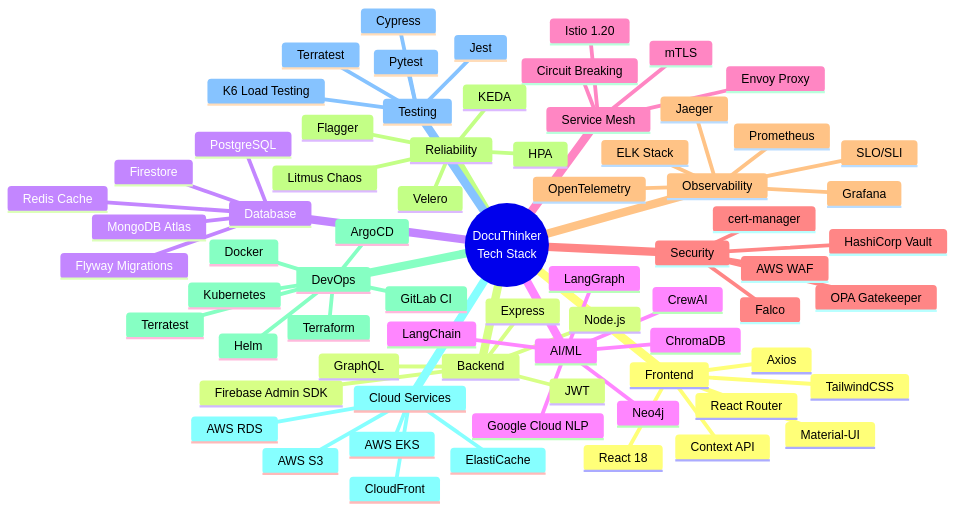
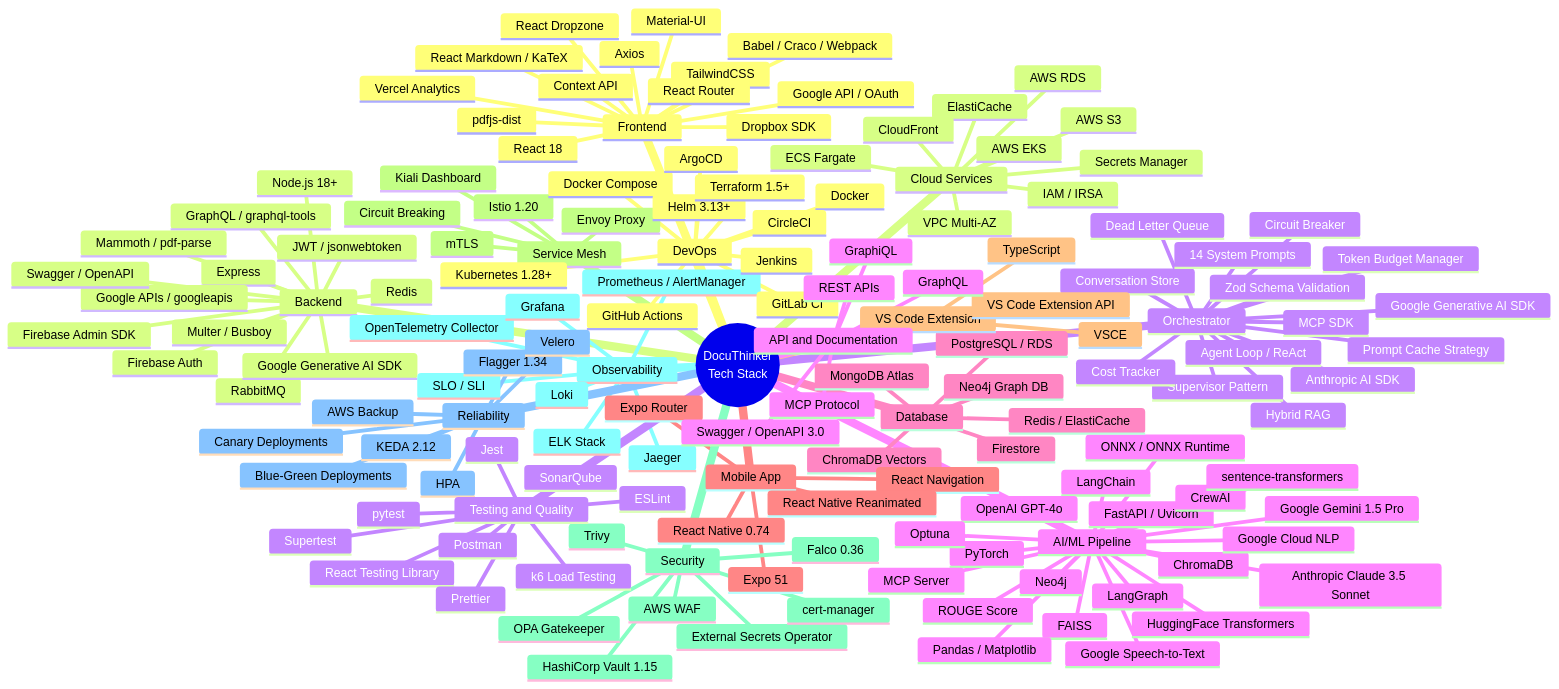
Before and after one commit to Derek-miranda/DocuThinker-AI: diagram 26 of 28 in ARCHITECTURE.md, drawn with Mermaid. The commit also changed 4 other files, not shown here.

Commit message:
feat(docs): enhance documentation with AI/ML architecture details and update technology stack

````diff
--- a/ARCHITECTURE.md
+++ b/ARCHITECTURE.md
@@ -2019,67 +2019,145 @@
       React Router
       Axios
       Context API
+      React Markdown / KaTeX
+      pdfjs-dist
+      React Dropzone
+      Dropbox SDK
+      Google API / OAuth
+      Vercel Analytics
+      Babel / Craco / Webpack
     Backend
-      Node.js
+      Node.js 18+
       Express
       Firebase Admin SDK
-      GraphQL
-      JWT
+      Firebase Auth
+      GraphQL / graphql-tools
+      JWT / jsonwebtoken
+      Redis
+      RabbitMQ
+      Multer / Busboy
+      Mammoth / pdf-parse
+      Google APIs / googleapis
+      Google Generative AI SDK
+      Swagger / OpenAPI
+    Orchestrator
+      Anthropic AI SDK
+      Google Generative AI SDK
+      MCP SDK
+      Zod Schema Validation
+      Supervisor Pattern
+      Agent Loop / ReAct
+      Circuit Breaker
+      Cost Tracker
+      Dead Letter Queue
+      Token Budget Manager
+      Conversation Store
+      Hybrid RAG
+      Prompt Cache Strategy
+      14 System Prompts
+    AI/ML Pipeline
+      FastAPI / Uvicorn
+      LangChain
+      LangGraph
+      CrewAI
+      OpenAI GPT-4o
+      Anthropic Claude 3.5 Sonnet
+      Google Gemini 1.5 Pro
+      FAISS
+      ChromaDB
+      Neo4j
+      sentence-transformers
+      PyTorch
+      HuggingFace Transformers
+      ONNX / ONNX Runtime
+      Optuna
+      ROUGE Score
+      Pandas / Matplotlib
+      MCP Server
+      Google Cloud NLP
+      Google Speech-to-Text
     Database
-      PostgreSQL
+      PostgreSQL / RDS
+      MongoDB Atlas
       Firestore
-      MongoDB Atlas
-      Redis Cache
-      Flyway Migrations
-    AI/ML
-      Google Cloud NLP
-      LangChain
-      CrewAI
-      LangGraph
-      Neo4j
-      ChromaDB
+      Redis / ElastiCache
+      Neo4j Graph DB
+      ChromaDB Vectors
+    Mobile App
+      React Native 0.74
+      Expo 51
+      Expo Router
+      React Navigation
+      React Native Reanimated
+    VS Code Extension
+      TypeScript
+      VS Code Extension API
+      VSCE
     Service Mesh
       Istio 1.20
       Envoy Proxy
       mTLS
       Circuit Breaking
+      Kiali Dashboard
     Security
       OPA Gatekeeper
-      Falco
-      HashiCorp Vault
+      Falco 0.36
+      HashiCorp Vault 1.15
+      External Secrets Operator
       cert-manager
       AWS WAF
+      Trivy
     Observability
-      OpenTelemetry
-      Prometheus
+      OpenTelemetry Collector
+      Prometheus / AlertManager
       Grafana
       Jaeger
+      Loki
       ELK Stack
-      SLO/SLI
+      SLO / SLI
     Reliability
-      Litmus Chaos
-      Flagger
+      Flagger 1.34
+      KEDA 2.12
       Velero
-      KEDA
       HPA
+      Blue-Green Deployments
+      Canary Deployments
+      AWS Backup
     DevOps
       Docker
-      Kubernetes
-      Helm
+      Docker Compose
+      Kubernetes 1.28+
+      Helm 3.13+
       ArgoCD
+      Terraform 1.5+
+      GitHub Actions
       GitLab CI
-      Terraform
-      Terratest
+      CircleCI
+      Jenkins
     Cloud Services
       AWS EKS
       AWS RDS
       AWS S3
       ElastiCache
       CloudFront
-    Testing
-      K6 Load Testing
+      ECS Fargate
+      Secrets Manager
+      IAM / IRSA
+      VPC Multi-AZ
+    Testing and Quality
       Jest
-      Pytest
-      Cypress
-      Terratest
+      React Testing Library
+      pytest
+      k6 Load Testing
+      Supertest
+      SonarQube
+      ESLint
+      Prettier
+      Postman
+    API and Documentation
+      Swagger / OpenAPI 3.0
+      GraphiQL
+      REST APIs
+      GraphQL
+      MCP Protocol
 ```
````
